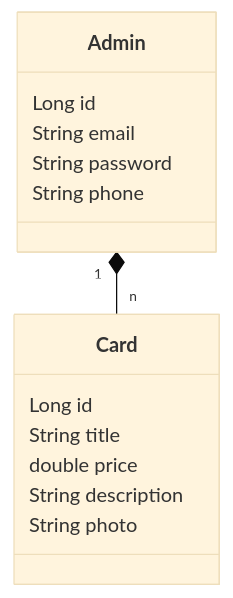
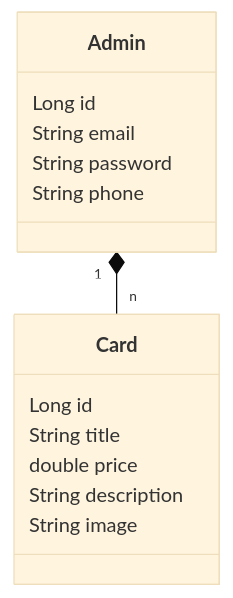
The diagram in README.md (Geovanej7/Catalogo-api), drawn with Mermaid (base theme) before and after one commit.

````diff
--- a/README.md
+++ b/README.md
@@ -6,20 +6,20 @@
 ```mermaid
 classDiagram
     class Admin {
         Long id
         String email
         String password
         String phone
     }
 
     class Card {
         Long id
         String title
         double price
         String description
-        String photo
+        String image
     }
 
 Admin "1" *-- "n" Card
 
 ```
````
